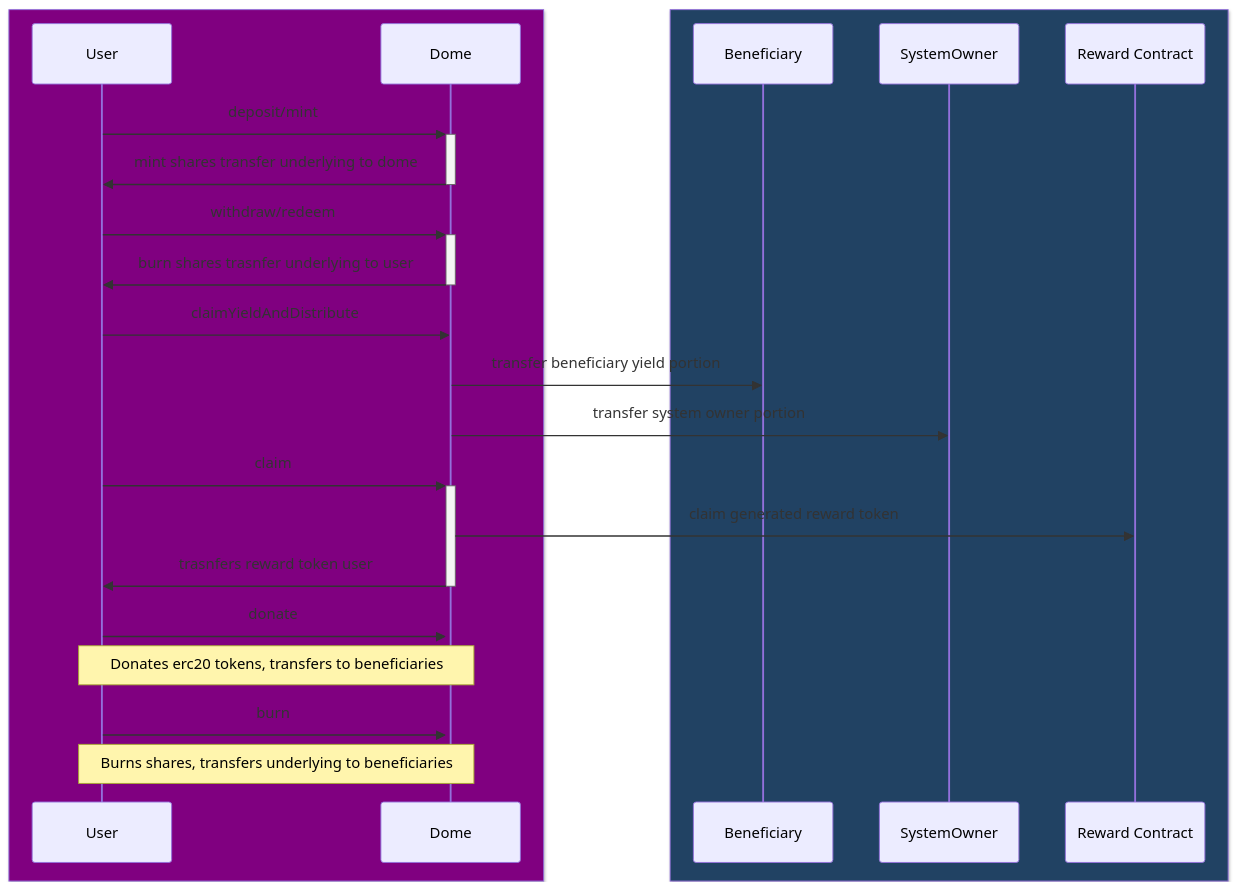
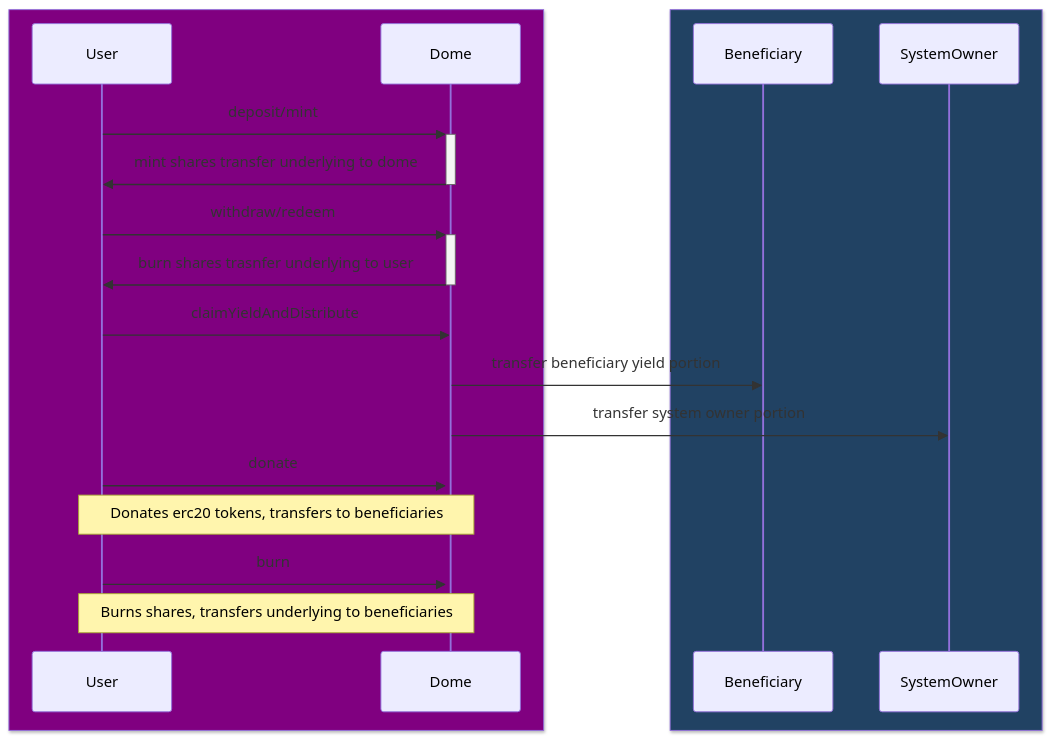
Before and after one commit to DomeDAO/dome-contracts: the second of 6 diagrams in README.md, drawn with Mermaid. The commit also changed other lines of this file and 12 other files, not shown here.

Commit message:
delete reward token

````diff
--- a/README.md
+++ b/README.md
@@ -89,30 +84,22 @@
 ```mermaid
 sequenceDiagram
     box Purple
     participant U as User
     participant D as Dome
     end
     U->> +D: deposit/mint
     D->> -U: mint shares transfer underlying to dome
     U->> +D: withdraw/redeem
     D->> -U: burn shares trasnfer underlying to user
     box rgb(33,66,99)
     participant Beneficiary
     participant SystemOwner
-    participant Reward Contract
     end
     U->> D: claimYieldAndDistribute
     D->> Beneficiary: transfer beneficiary yield portion
     D->> SystemOwner: transfer system owner portion
-
-
-    U->> +D: claim
-    D->> Reward Contract: claim generated reward token
-    D->> -U: trasnfers reward token user
-
-
     U->> +D: donate
     Note over U,D: Donates erc20 tokens, transfers to beneficiaries
     U->> +D: burn
     Note over U,D: Burns shares, transfers underlying to beneficiaries
 ```
````
